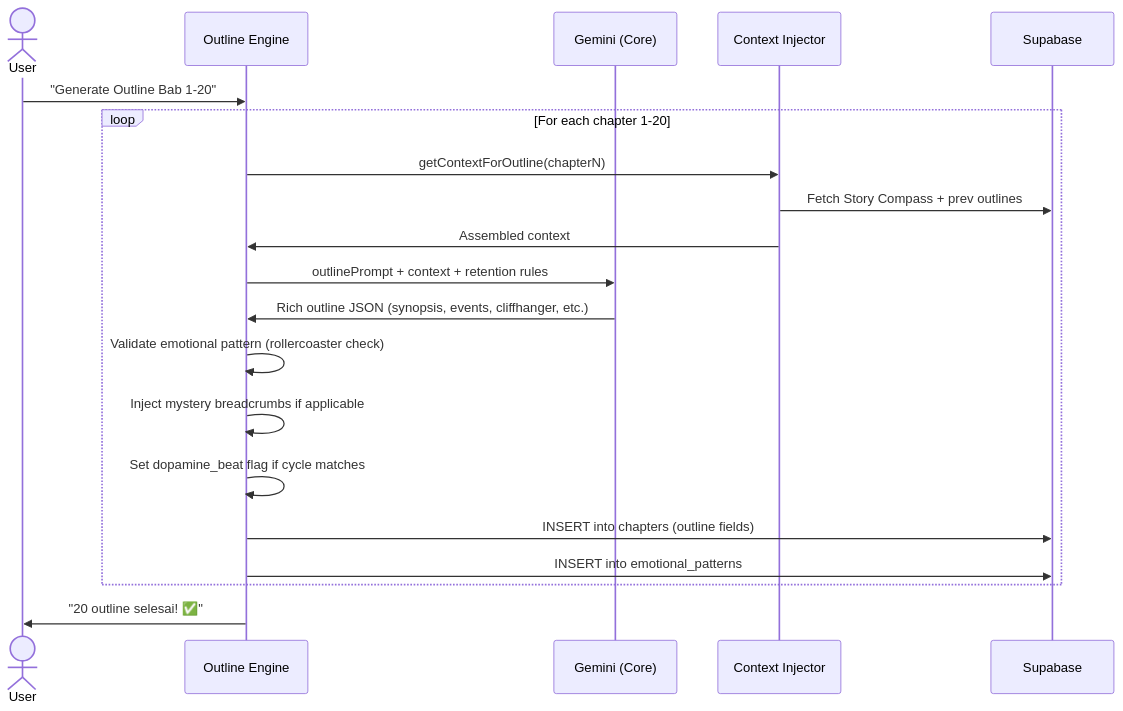
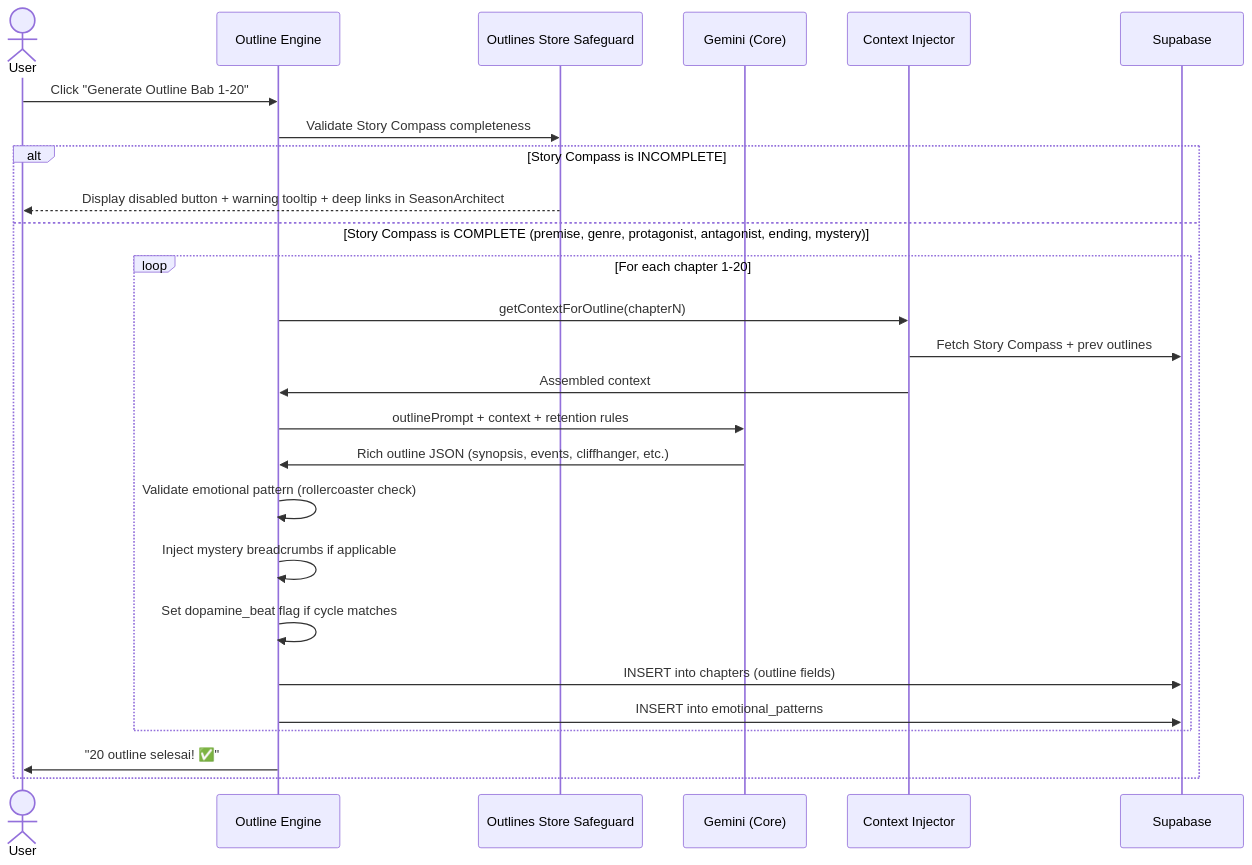
The fifth of 11 diagrams in architecture.md (moxsenna/vibenovel), drawn with Mermaid before and after one commit. The commit also changed other lines of this file and 43 other files, not shown here.

First line of the commit message:
feat: VibeNovel v2 — Sprint 9.6-9.8 (UX Polish, Deep Think, Deep Outline)

````diff
--- a/architecture.md
+++ b/architecture.md
@@ -491,28 +506,33 @@
 ```mermaid
 sequenceDiagram
     actor User
     participant OE as Outline Engine
+    participant OS as Outlines Store Safeguard
     participant AI as Gemini (Core)
     participant CI as Context Injector
     participant DB as Supabase
 
-    User->>OE: "Generate Outline Bab 1-20"
+    User->>OE: Click "Generate Outline Bab 1-20"
+    OE->>OS: Validate Story Compass completeness
     
-    loop For each chapter 1-20
-        OE->>CI: getContextForOutline(chapterN)
-        CI->>DB: Fetch Story Compass + prev outlines
-        CI->>OE: Assembled context
-        
-        OE->>AI: outlinePrompt + context + retention rules
-        AI->>OE: Rich outline JSON (synopsis, events, cliffhanger, etc.)
-        
-        OE->>OE: Validate emotional pattern (rollercoaster check)
-        OE->>OE: Inject mystery breadcrumbs if applicable
-        OE->>OE: Set dopamine_beat flag if cycle matches
-        
-        OE->>DB: INSERT into chapters (outline fields)
-        OE->>DB: INSERT into emotional_patterns
+    alt Story Compass is INCOMPLETE
+        OS-->>User: Display disabled button + warning tooltip + deep links in SeasonArchitect
+    else Story Compass is COMPLETE (premise, genre, protagonist, antagonist, ending, mystery)
+        loop For each chapter 1-20
+            OE->>CI: getContextForOutline(chapterN)
+            CI->>DB: Fetch Story Compass + prev outlines
+            CI->>OE: Assembled context
+            
+            OE->>AI: outlinePrompt + context + retention rules
+            AI->>OE: Rich outline JSON (synopsis, events, cliffhanger, etc.)
+            
+            OE->>OE: Validate emotional pattern (rollercoaster check)
+            OE->>OE: Inject mystery breadcrumbs if applicable
+            OE->>OE: Set dopamine_beat flag if cycle matches
+            
+            OE->>DB: INSERT into chapters (outline fields)
+            OE->>DB: INSERT into emotional_patterns
+        end
+        OE->>User: "20 outline selesai! ✅"
     end
-    
-    OE->>User: "20 outline selesai! ✅"
 ```
````
